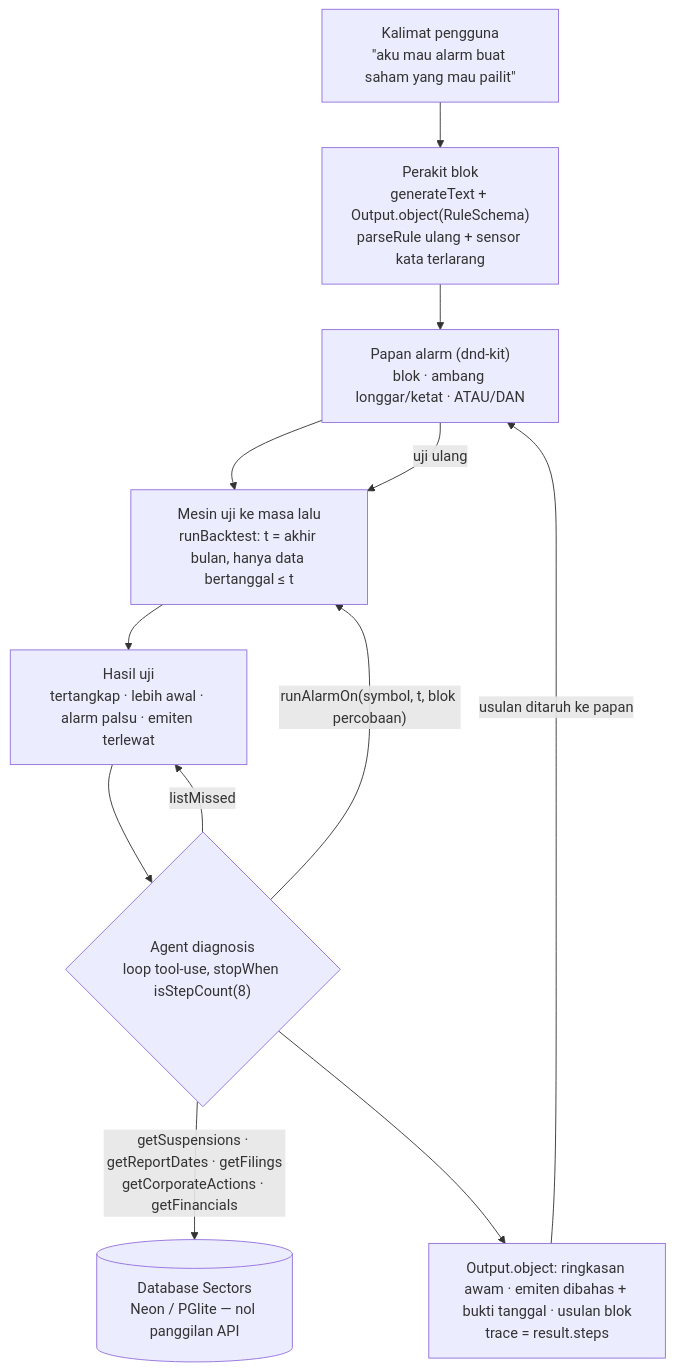
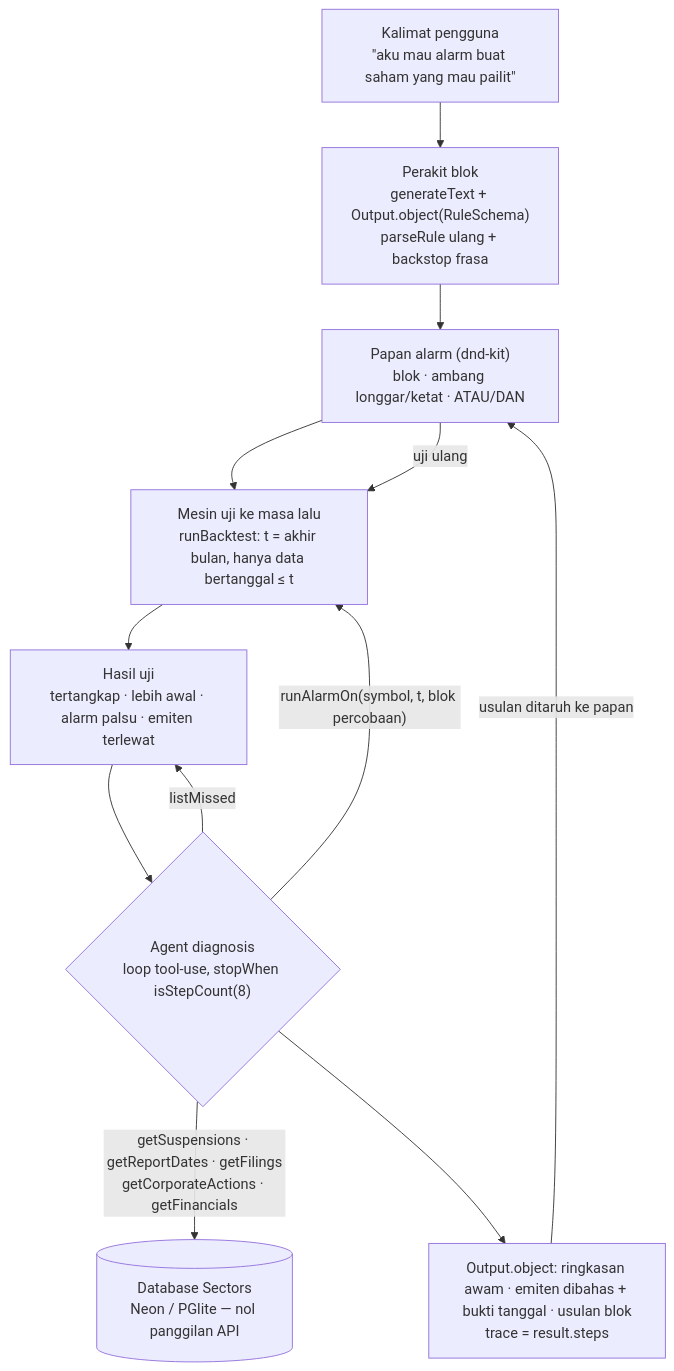
One commit to fajaraji/alarm-saham changed the first of 2 diagrams in README.md. Above: the diagram before and after it, drawn with Mermaid. The commit also changed other lines of this file and 6 other files, not shown here.

````diff
--- a/README.md
+++ b/README.md
@@ -47,14 +47,14 @@
 ```mermaid
 flowchart TD
-    A["Kalimat pengguna<br/>&quot;aku mau alarm buat saham yang mau pailit&quot;"] --> B["Perakit blok<br/>generateText + Output.object(RuleSchema)<br/>parseRule ulang + sensor kata terlarang"]
+    A["Kalimat pengguna<br/>&quot;aku mau alarm buat saham yang mau pailit&quot;"] --> B["Perakit blok<br/>generateText + Output.object(RuleSchema)<br/>parseRule ulang + backstop frasa"]
     B --> C["Papan alarm (dnd-kit)<br/>blok · ambang longgar/ketat · ATAU/DAN"]
     C --> D["Mesin uji ke masa lalu<br/>runBacktest: t = akhir bulan, hanya data bertanggal ≤ t"]
     D --> E["Hasil uji<br/>tertangkap · lebih awal · alarm palsu · emiten terlewat"]
     E --> F{"Agent diagnosis<br/>loop tool-use, stopWhen isStepCount(8)"}
     F -->|listMissed| E
     F -->|"getSuspensions · getReportDates · getFilings<br/>getCorporateActions · getFinancials"| DB[("Database Sectors<br/>Neon / PGlite — nol panggilan API")]
     F -->|"runAlarmOn(symbol, t, blok percobaan)"| D
     F --> G["Output.object: ringkasan awam · emiten dibahas + bukti tanggal · usulan blok<br/>trace = result.steps"]
     G -->|usulan ditaruh ke papan| C
     C -->|uji ulang| D
 ```
````
